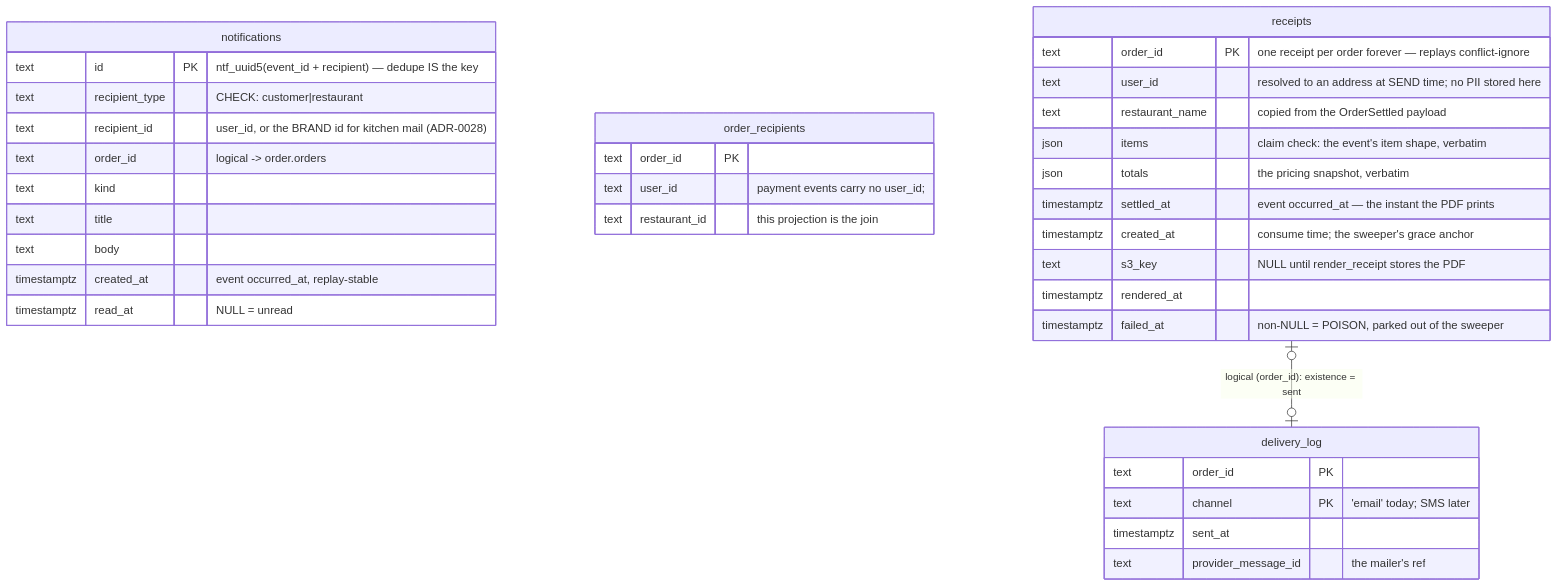
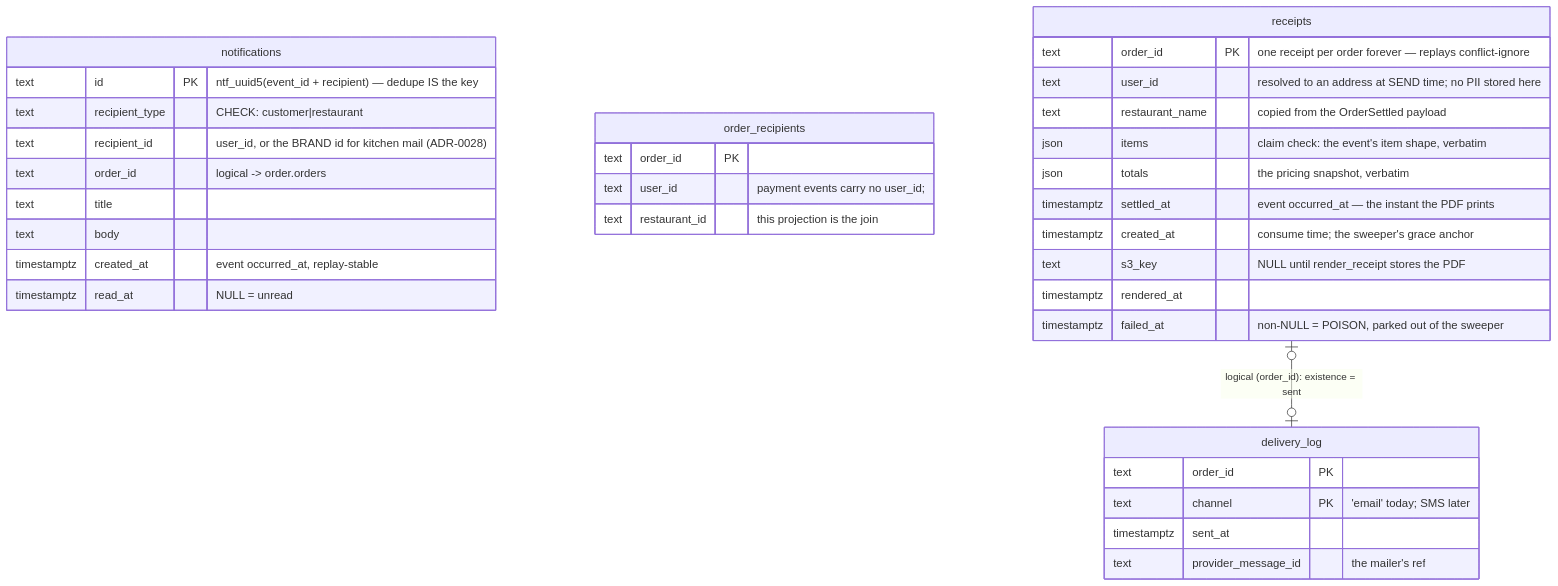
Before and after one commit to Aizazahmed-7/SmartFoodOps: the sixth of 7 diagrams in docs/erd.md, drawn with Mermaid. The commit also changed other lines of this file and 10 other files, not shown here.

````diff
--- a/docs/erd.md
+++ b/docs/erd.md
@@ -433,38 +433,37 @@
 ```mermaid
 erDiagram
     notifications {
         text id PK "ntf_uuid5(event_id + recipient) — dedupe IS the key"
         text recipient_type "CHECK: customer|restaurant"
         text recipient_id "user_id, or the BRAND id for kitchen mail (ADR-0028)"
         text order_id "logical -> order.orders"
-        text kind
         text title
         text body
         timestamptz created_at "event occurred_at, replay-stable"
         timestamptz read_at "NULL = unread"
     }
     order_recipients {
         text order_id PK
         text user_id "payment events carry no user_id;"
         text restaurant_id "this projection is the join"
     }
     receipts {
         text order_id PK "one receipt per order forever — replays conflict-ignore"
         text user_id "resolved to an address at SEND time; no PII stored here"
         text restaurant_name "copied from the OrderSettled payload"
         json items "claim check: the event's item shape, verbatim"
         json totals "the pricing snapshot, verbatim"
         timestamptz settled_at "event occurred_at — the instant the PDF prints"
         timestamptz created_at "consume time; the sweeper's grace anchor"
         text s3_key "NULL until render_receipt stores the PDF"
         timestamptz rendered_at
         timestamptz failed_at "non-NULL = POISON, parked out of the sweeper"
     }
     delivery_log {
         text order_id PK
         text channel PK "'email' today; SMS later"
         timestamptz sent_at
         text provider_message_id "the mailer's ref"
     }
     receipts |o--o| delivery_log : "logical (order_id): existence = sent"
 ```
````
